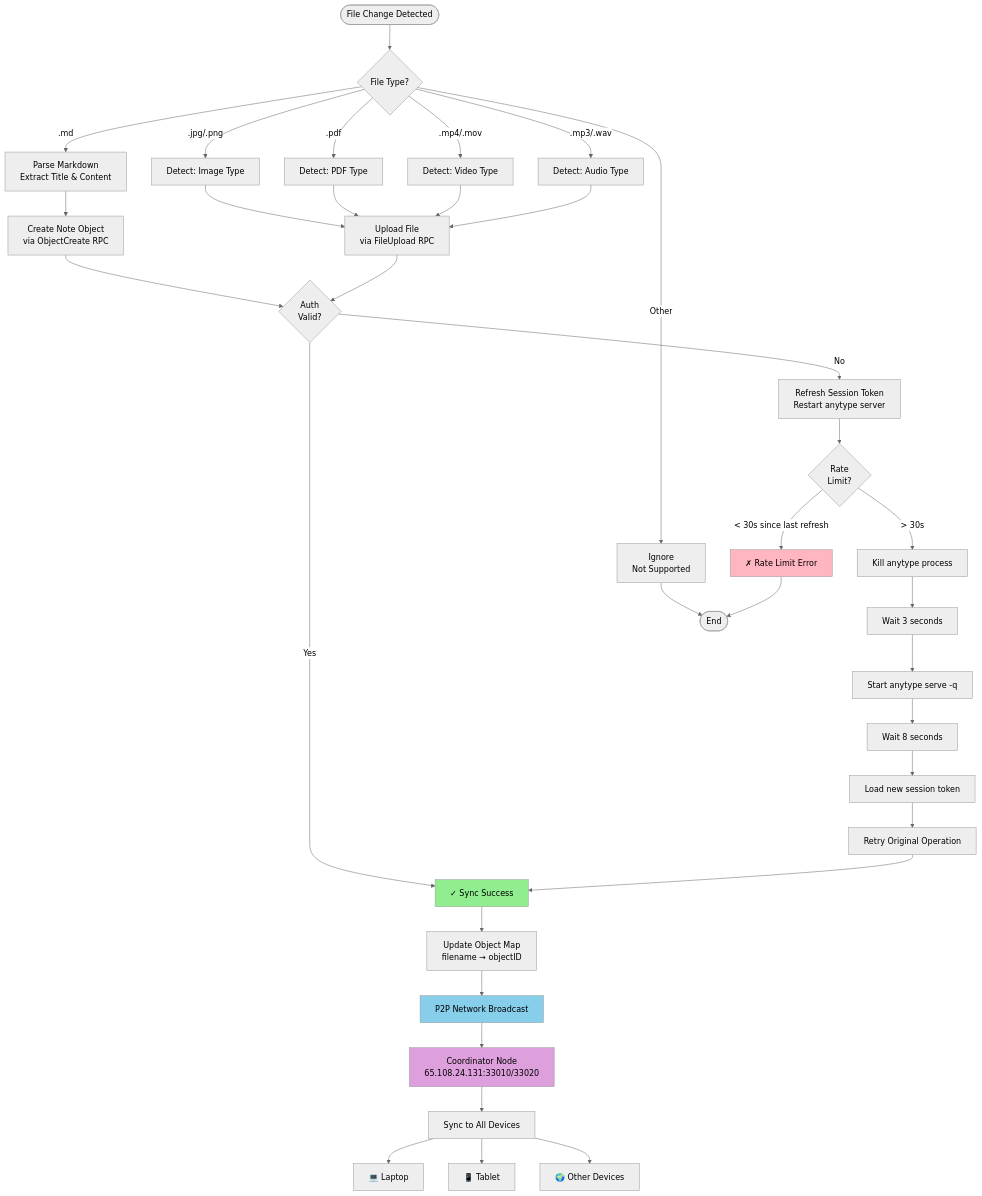
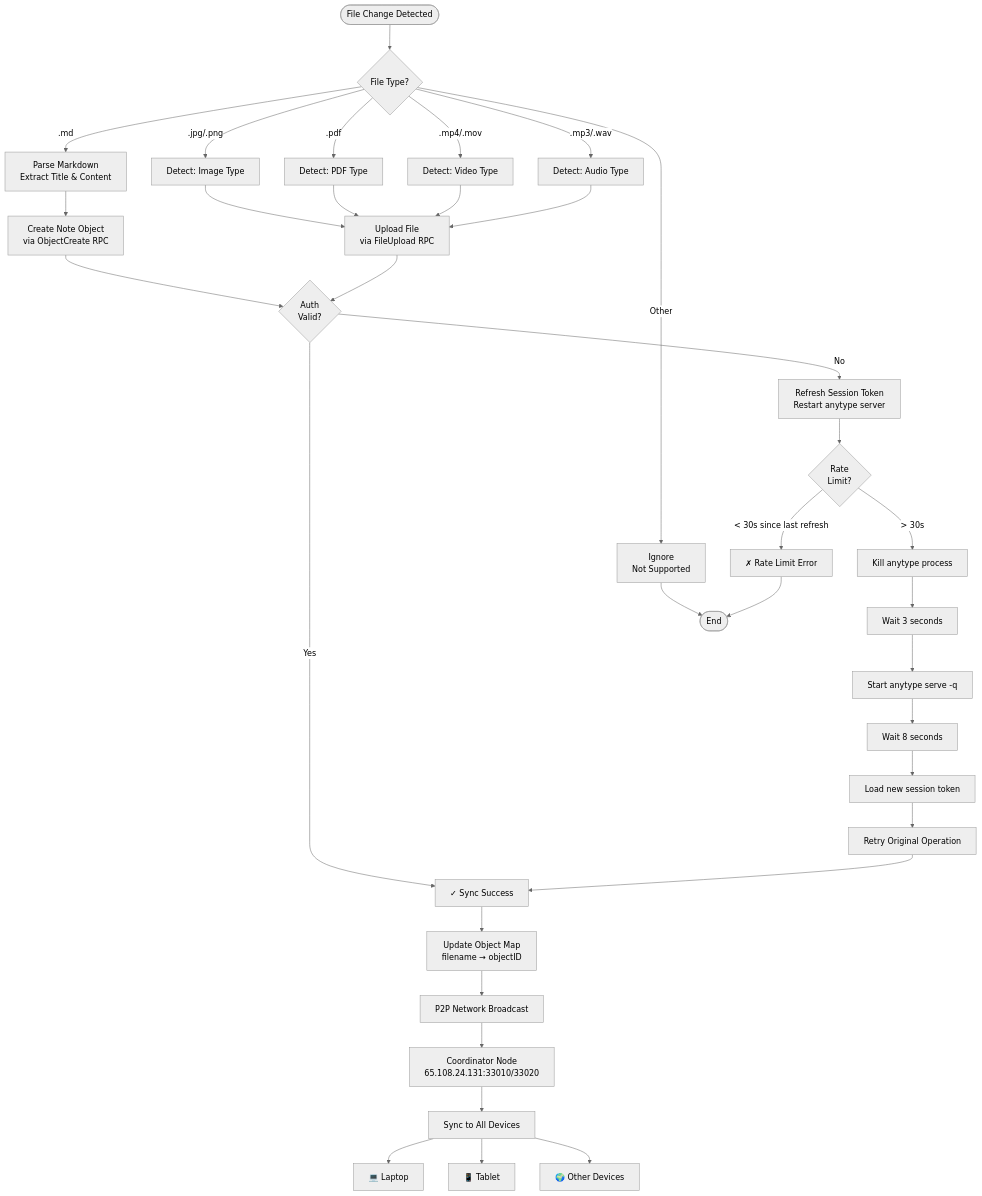
Before and after one commit to robouden/openclaw-workspace: the first of 6 diagrams in code/anytype-workspace-sync/FILE_SYNC_FLOW.md, drawn with Mermaid (neutral theme). The commit also changed other lines of this file, not shown here.

Commit message:
chore: Remove explicit styling from Mermaid diagrams in `FILE_SYNC_FLOW.md`.

````diff
--- a/code/anytype-workspace-sync/FILE_SYNC_FLOW.md
+++ b/code/anytype-workspace-sync/FILE_SYNC_FLOW.md
@@ -7,53 +7,50 @@
 ```mermaid
 flowchart TD
     Start([File Change Detected]) --> FileType{File Type?}
 
     FileType -->|.md| ParseMD[Parse Markdown<br/>Extract Title & Content]
     FileType -->|.jpg/.png| DetectImage[Detect: Image Type]
     FileType -->|.pdf| DetectPDF[Detect: PDF Type]
     FileType -->|.mp4/.mov| DetectVideo[Detect: Video Type]
     FileType -->|.mp3/.wav| DetectAudio[Detect: Audio Type]
     FileType -->|Other| Ignore[Ignore<br/>Not Supported]
 
     ParseMD --> CreateNote[Create Note Object<br/>via ObjectCreate RPC]
     DetectImage --> UploadFile[Upload File<br/>via FileUpload RPC]
     DetectPDF --> UploadFile
     DetectVideo --> UploadFile
     DetectAudio --> UploadFile
 
     CreateNote --> AuthCheck{Auth<br/>Valid?}
     UploadFile --> AuthCheck
 
     AuthCheck -->|Yes| SyncSuccess[✓ Sync Success]
     AuthCheck -->|No| RefreshToken[Refresh Session Token<br/>Restart anytype server]
 
     RefreshToken --> RateLimitCheck{Rate<br/>Limit?}
     RateLimitCheck -->|< 30s since last refresh| RateLimitError[✗ Rate Limit Error]
     RateLimitCheck -->|> 30s| KillServer[Kill anytype process]
 
     KillServer --> Wait3s[Wait 3 seconds]
     Wait3s --> StartServer[Start anytype serve -q]
     StartServer --> Wait8s[Wait 8 seconds]
     Wait8s --> LoadToken[Load new session token]
     LoadToken --> RetryOperation[Retry Original Operation]
 
     RetryOperation --> SyncSuccess
 
     SyncSuccess --> UpdateMap[Update Object Map<br/>filename → objectID]
     UpdateMap --> P2PBroadcast[P2P Network Broadcast]
 
     P2PBroadcast --> CoordinatorNode[Coordinator Node<br/>65.108.24.131:33010/33020]
     CoordinatorNode --> AllDevices[Sync to All Devices]
 
     AllDevices --> Laptop[💻 Laptop]
     AllDevices --> Tablet[📱 Tablet]
     AllDevices --> OtherDevices[🌍 Other Devices]
 
     Ignore --> End([End])
     RateLimitError --> End
 
-    style SyncSuccess fill:#90EE90
-    style RateLimitError fill:#FFB6C1
-    style P2PBroadcast fill:#87CEEB
-    style CoordinatorNode fill:#DDA0DD
+
 ```
````
